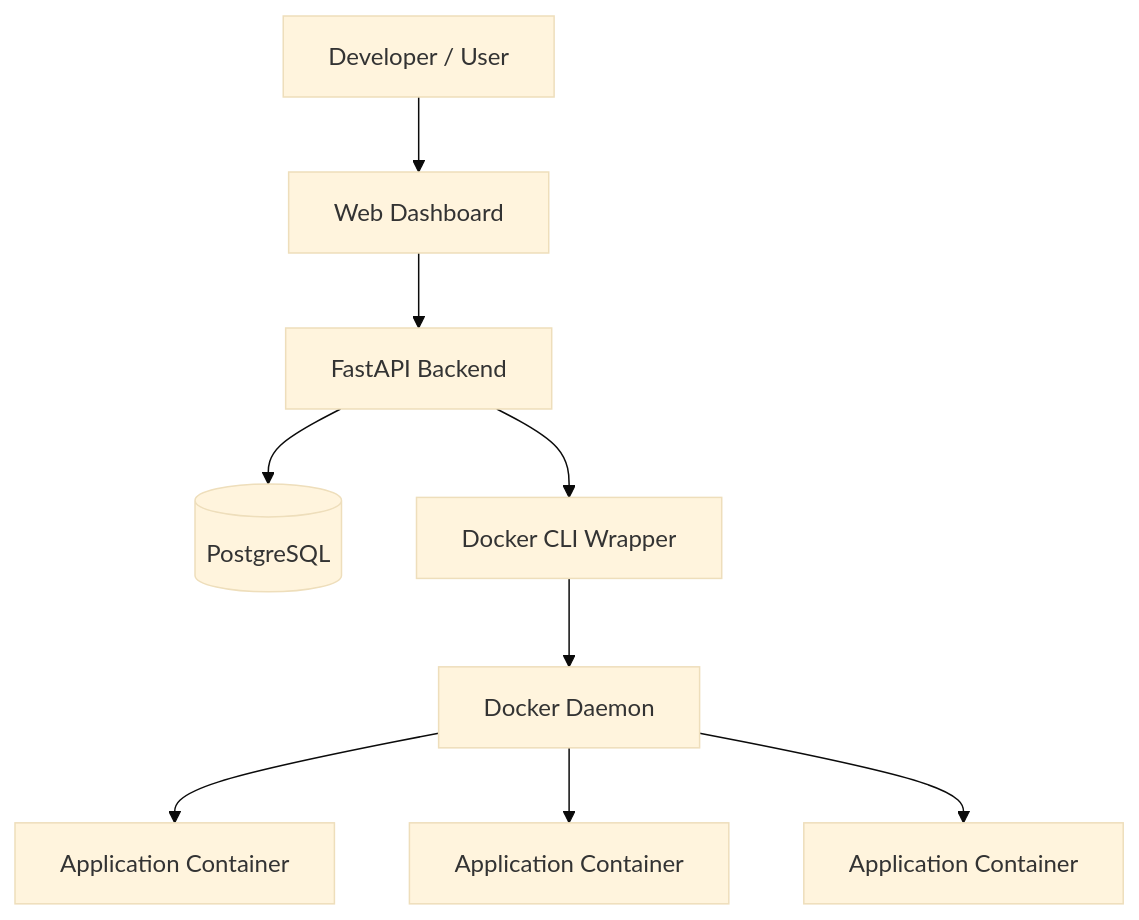
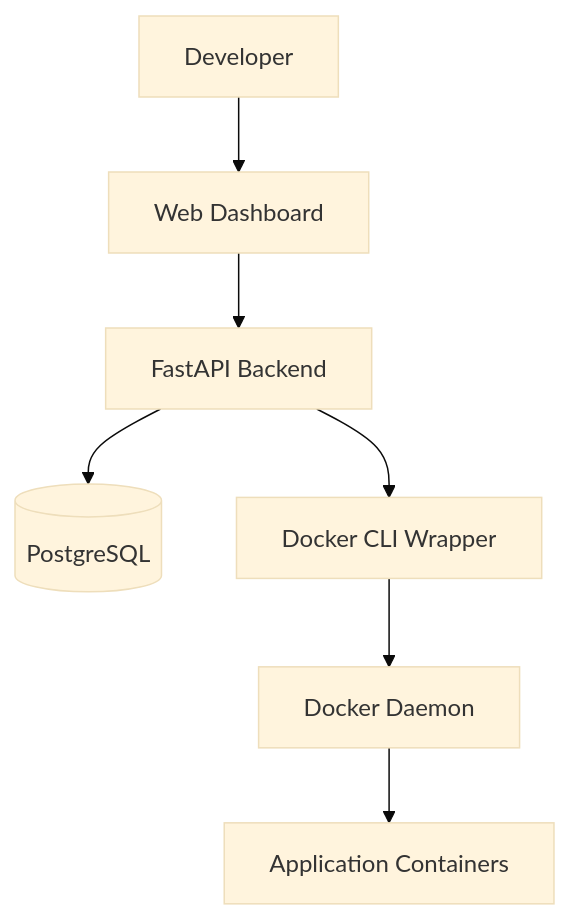
The diagram in README.md (Guna-Asher/Self-Service-Deployment-Portal), drawn with Mermaid (base theme) before and after one commit.

Commit message:
Update system architecture diagram in README

````diff
--- a/README.md
+++ b/README.md
@@ -229,29 +229,26 @@
 ```mermaid
-flowchart TD
+graph TD
 
-    User[Developer / User]
+User[Developer]
 
-    Browser[Web Dashboard]
-    API[FastAPI Backend]
+UI[Web Dashboard]
 
-    DB[(PostgreSQL)]
+FastAPI[FastAPI Backend]
 
-    DockerCLI[Docker CLI Wrapper]
-    DockerDaemon[Docker Daemon]
+PostgreSQL[(PostgreSQL)]
 
-    Container1[Application Container]
-    Container2[Application Container]
-    Container3[Application Container]
+DockerCLI[Docker CLI Wrapper]
 
-    User --> Browser
-    Browser --> API
+DockerDaemon[Docker Daemon]
 
-    API --> DB
-    API --> DockerCLI
+Containers[Application Containers]
 
-    DockerCLI --> DockerDaemon
+User --> UI
+UI --> FastAPI
 
-    DockerDaemon --> Container1
-    DockerDaemon --> Container2
-    DockerDaemon --> Container3
+FastAPI --> PostgreSQL
+FastAPI --> DockerCLI
+
+DockerCLI --> DockerDaemon
+DockerDaemon --> Containers
 ```
````
